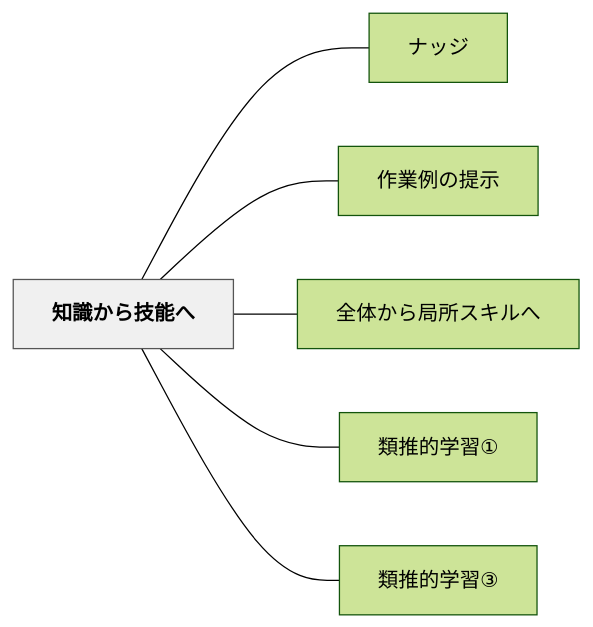
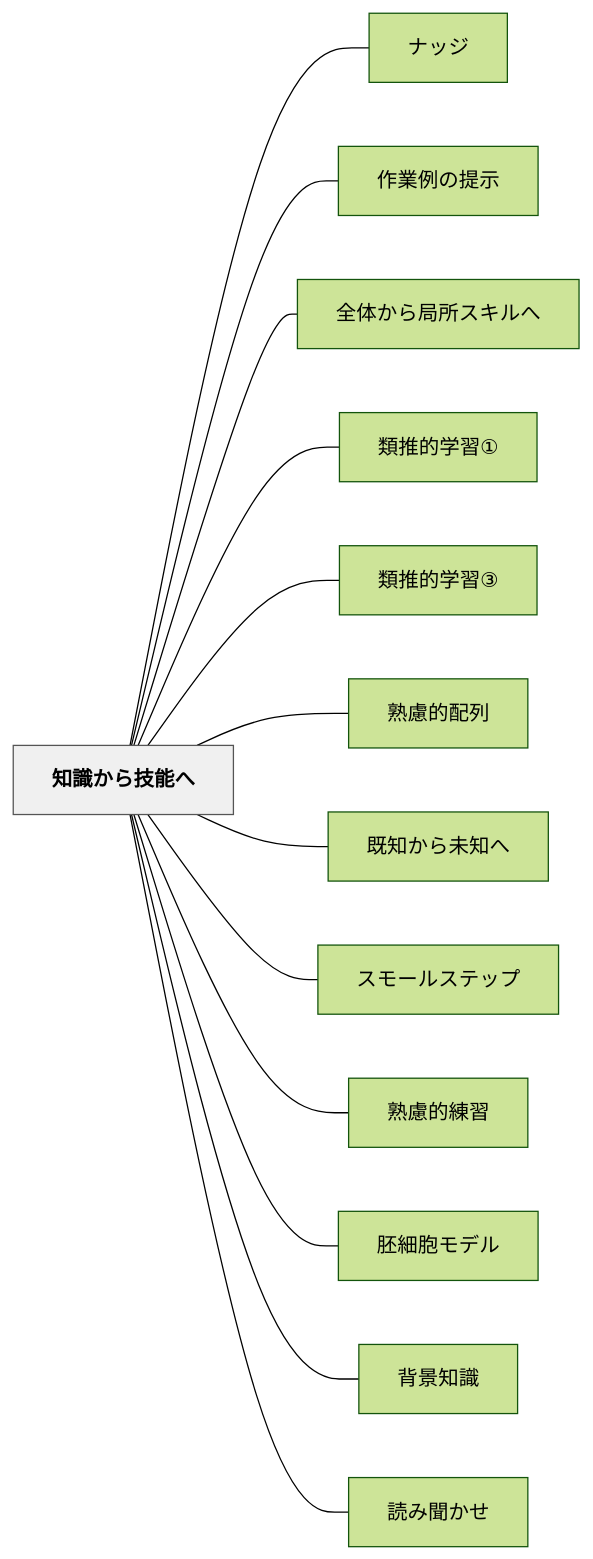
Before and after one commit to unknownthings-ed-patterns/unknownthings-ed-patterns: the diagram in content/パタン/知識から技能へ.md, drawn with Mermaid (forest theme). The commit also changed other lines of this file and 100 other files, not shown here.

````diff
--- a/content/パタン/知識から技能へ.md
+++ b/content/パタン/知識から技能へ.md
@@ -191,18 +188,32 @@
 ```mermaid
 flowchart LR
     ne79fa5e8ad98e3818be38289e68a80e883bde381b8["知識から技能へ"]
     ne3838ae38383e382b8["ナッジ"]
     ne4bd9ce6a5ade4be8be381aee68f90e7a4ba["作業例の提示"]
     ne585a8e4bd93e3818be38289e5b180e68980e382b9e382ade383abe381b8["全体から局所スキルへ"]
     ne9a19ee68ea8e79a84e5ada6e7bf92e291a0["類推的学習①"]
     ne9a19ee68ea8e79a84e5ada6e7bf92e291a2["類推的学習③"]
+    ne7869fe685aee79a84e9858de58897["熟慮的配列"]
+    ne697a2e79fa5e3818be38289e69caae79fa5e381b8["既知から未知へ"]
+    ne382b9e383a2e383bce383abe382b9e38386e38383e38397["スモールステップ"]
+    ne7869fe685aee79a84e7b7b4e7bf92["熟慮的練習"]
+    ne8839ae7b4b0e8839ee383a2e38387e383ab["胚細胞モデル"]
+    ne8838ce699afe79fa5e8ad98["背景知識"]
+    ne8aaade381bfe8819ee3818be3819b["読み聞かせ"]
 
     ne79fa5e8ad98e3818be38289e68a80e883bde381b8 --- ne3838ae38383e382b8
     ne79fa5e8ad98e3818be38289e68a80e883bde381b8 --- ne4bd9ce6a5ade4be8be381aee68f90e7a4ba
     ne79fa5e8ad98e3818be38289e68a80e883bde381b8 --- ne585a8e4bd93e3818be38289e5b180e68980e382b9e382ade383abe381b8
     ne79fa5e8ad98e3818be38289e68a80e883bde381b8 --- ne9a19ee68ea8e79a84e5ada6e7bf92e291a0
     ne79fa5e8ad98e3818be38289e68a80e883bde381b8 --- ne9a19ee68ea8e79a84e5ada6e7bf92e291a2
+    ne79fa5e8ad98e3818be38289e68a80e883bde381b8 --- ne7869fe685aee79a84e9858de58897
+    ne79fa5e8ad98e3818be38289e68a80e883bde381b8 --- ne697a2e79fa5e3818be38289e69caae79fa5e381b8
+    ne79fa5e8ad98e3818be38289e68a80e883bde381b8 --- ne382b9e383a2e383bce383abe382b9e38386e38383e38397
+    ne79fa5e8ad98e3818be38289e68a80e883bde381b8 --- ne7869fe685aee79a84e7b7b4e7bf92
+    ne79fa5e8ad98e3818be38289e68a80e883bde381b8 --- ne8839ae7b4b0e8839ee383a2e38387e383ab
+    ne79fa5e8ad98e3818be38289e68a80e883bde381b8 --- ne8838ce699afe79fa5e8ad98
+    ne79fa5e8ad98e3818be38289e68a80e883bde381b8 --- ne8aaade381bfe8819ee3818be3819b
 
     classDef hub fill:#f0f0f0,stroke:#555,color:#000,font-weight:bold
     class ne79fa5e8ad98e3818be38289e68a80e883bde381b8 hub
 ```
````
